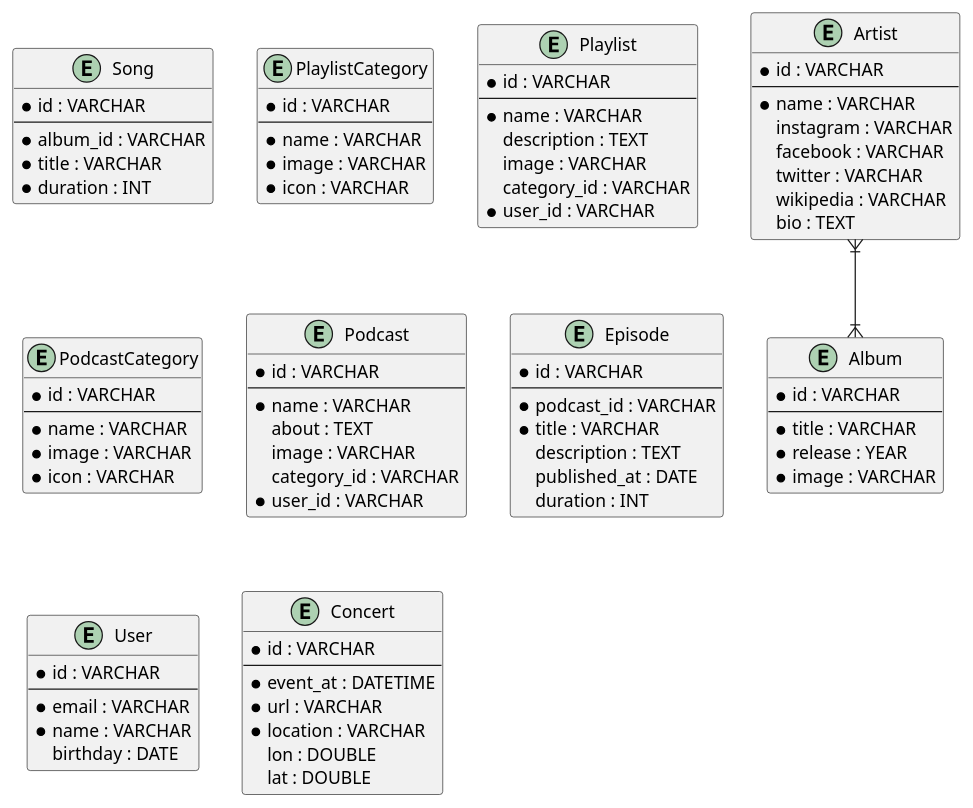
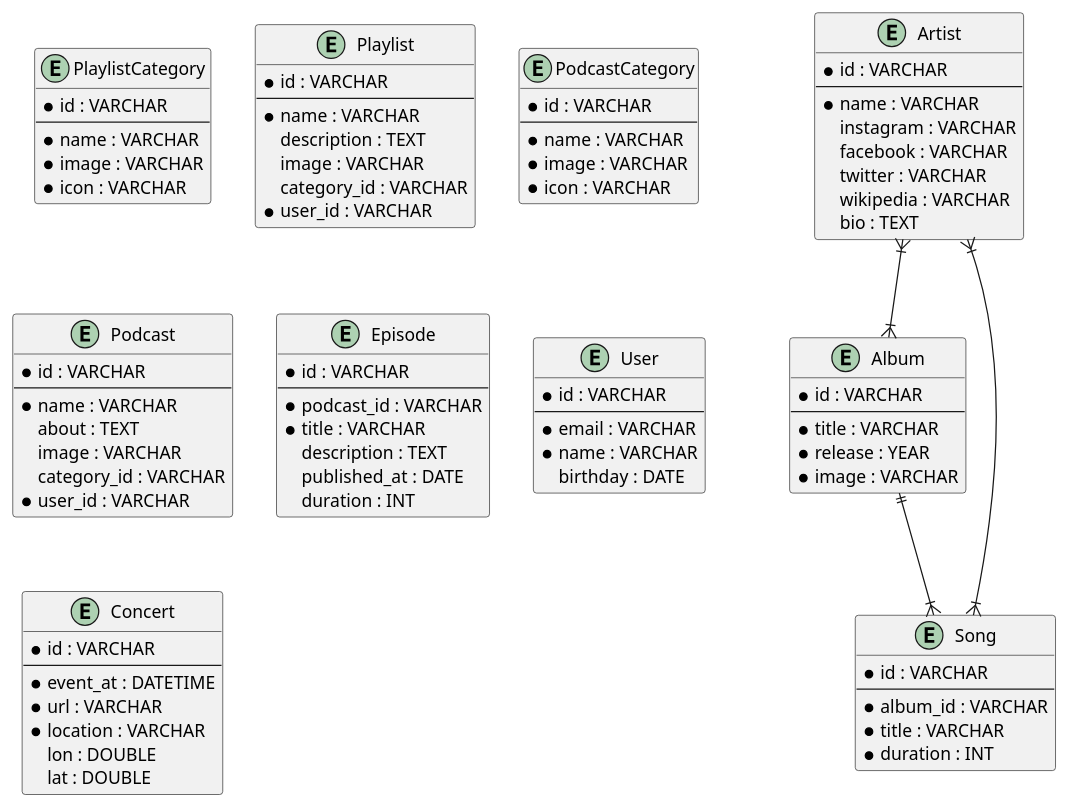
Before and after one commit to bayubagusbagaswara/design-database-spotify-clone: the diagram in src/entity.puml, drawn with PlantUML.

Commit message:
menentukan relasi entity Song atau Lagu

```diff
--- a/src/entity.puml
+++ b/src/entity.puml
@@ -1,93 +1,96 @@
 @startuml
 entity Artist {
     * id : VARCHAR
     --
     * name : VARCHAR
     instagram : VARCHAR
     facebook : VARCHAR
     twitter : VARCHAR
     wikipedia : VARCHAR
     bio : TEXT
 }
 
 entity Album {
     * id : VARCHAR
     --
     * title : VARCHAR
     * release : YEAR
     * image : VARCHAR
 }
 
 entity Song {
     * id : VARCHAR
     --
     * album_id : VARCHAR
     * title : VARCHAR
     * duration : INT
 }
 
 entity PlaylistCategory {
     * id : VARCHAR
     --
     * name : VARCHAR
     * image : VARCHAR
     * icon : VARCHAR
 }
 entity Playlist{
     * id : VARCHAR
     --
     * name : VARCHAR
     description : TEXT
     image : VARCHAR
     category_id : VARCHAR
     * user_id : VARCHAR
 }
 
 entity PodcastCategory {
     * id : VARCHAR
     --
     * name : VARCHAR
     * image : VARCHAR
     * icon : VARCHAR
 }
 
 entity Podcast {
     * id : VARCHAR
     --
     * name : VARCHAR
     about : TEXT
     image : VARCHAR
     category_id : VARCHAR
     * user_id : VARCHAR
 }
 
 entity Episode {
     * id : VARCHAR
     --
     * podcast_id : VARCHAR
     * title : VARCHAR
     description : TEXT
     published_at : DATE
     duration : INT
 }
 
 entity User{
     * id : VARCHAR
     --
     * email : VARCHAR
     * name : VARCHAR
     birthday : DATE
 }
 
 entity Concert{
     * id : VARCHAR
     --
     * event_at : DATETIME
     * url : VARCHAR
     * location : VARCHAR
     lon : DOUBLE
     lat : DOUBLE
 }
 'relasi
 Artist }|--|{ Album
+'menentukan relasi Song
+Album ||--|{ Song
+Artist }|--|{ Song
 @enduml
```
